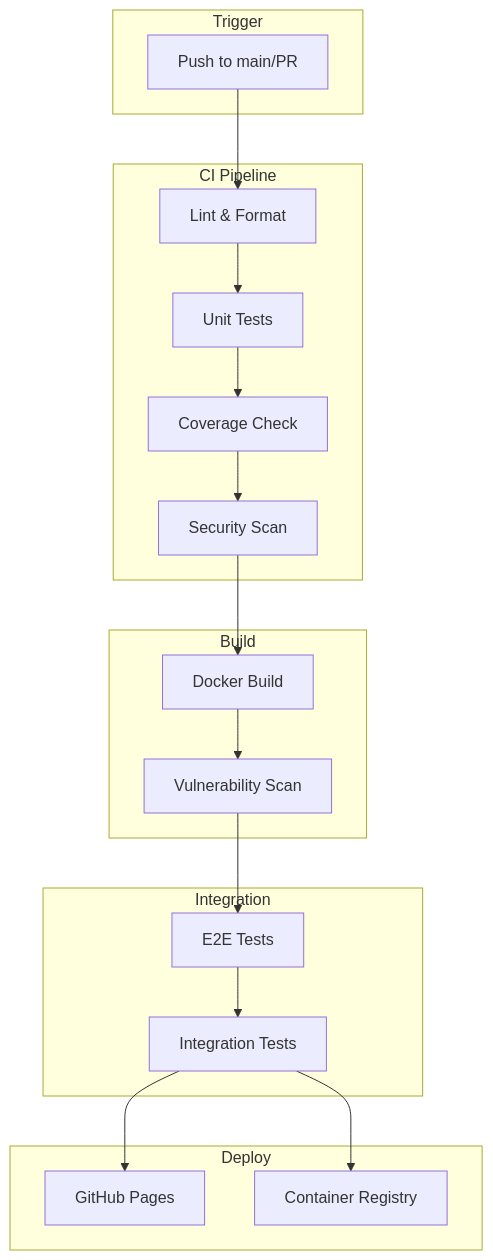
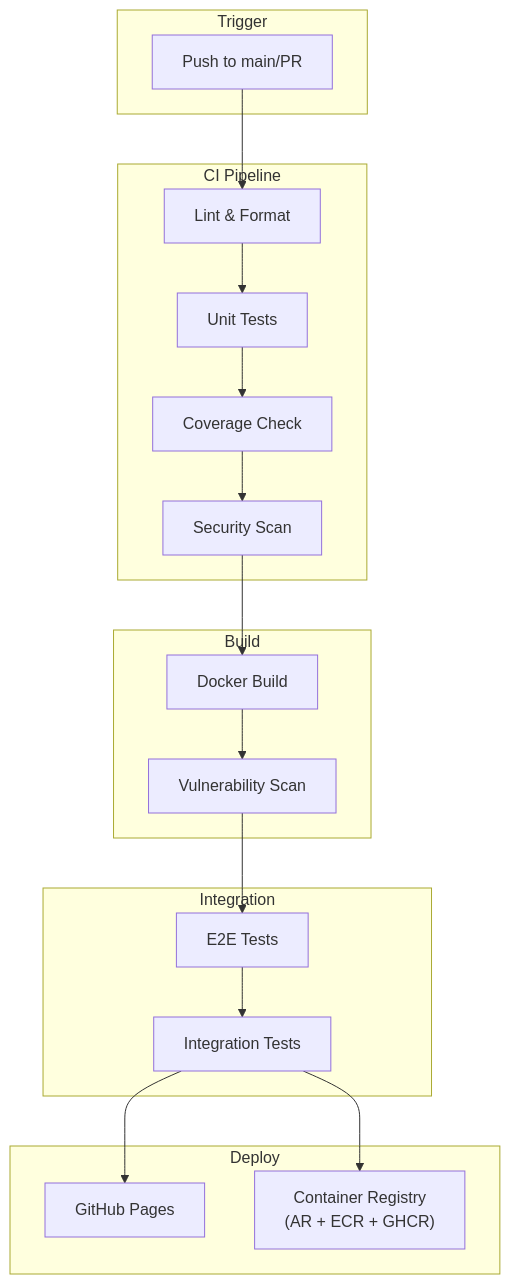
Before and after one commit to DuqueOM/ML-MLOps-Portfolio: the first of 5 diagrams in docs/architecture/cicd.md, drawn with Mermaid. The commit also changed other lines of this file and 16 other files, not shown here.

````diff
--- a/docs/architecture/cicd.md
+++ b/docs/architecture/cicd.md
@@ -15,39 +15,39 @@
 ```mermaid
 graph TB
     subgraph "Trigger"
         PUSH["Push to main/PR"]
     end
     
     subgraph "CI Pipeline"
         LINT["Lint & Format"]
         TEST["Unit Tests"]
         COV["Coverage Check"]
         SEC["Security Scan"]
     end
     
     subgraph "Build"
         DOCKER["Docker Build"]
         TRIVY["Vulnerability Scan"]
     end
     
     subgraph "Integration"
         E2E["E2E Tests"]
         INT["Integration Tests"]
     end
     
     subgraph "Deploy"
         PAGES["GitHub Pages"]
-        REG["Container Registry"]
+        REG["Container Registry<br/>(AR + ECR + GHCR)"]
     end
     
     PUSH --> LINT
     LINT --> TEST
     TEST --> COV
     COV --> SEC
     SEC --> DOCKER
     DOCKER --> TRIVY
     TRIVY --> E2E
     E2E --> INT
     INT --> PAGES
     INT --> REG
 ```
````
